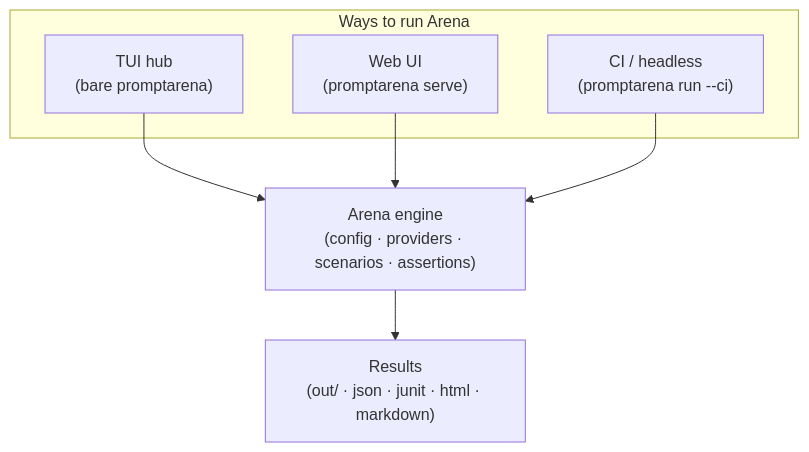
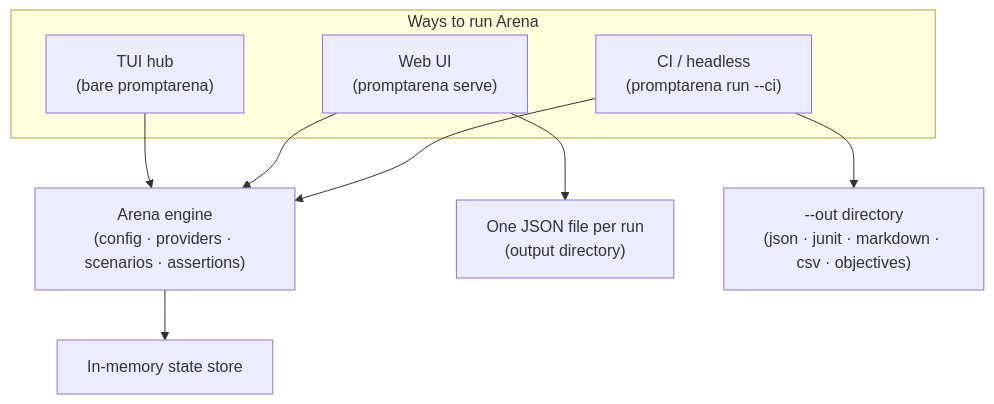
Before and after one commit to AltairaLabs/promptarena: the diagram in docs/src/content/docs/arena/explanation/interfaces.md, drawn with Mermaid. The commit also changed other lines of this file and 19 other files, not shown here.

````diff
--- a/docs/src/content/docs/arena/explanation/interfaces.md
+++ b/docs/src/content/docs/arena/explanation/interfaces.md
@@ -30,16 +47,18 @@
 ```mermaid
 flowchart TB
     subgraph surfaces[Ways to run Arena]
         TUI["TUI hub<br/>(bare promptarena)"]
         WEB["Web UI<br/>(promptarena serve)"]
         CI["CI / headless<br/>(promptarena run --ci)"]
     end
 
     ENGINE["Arena engine<br/>(config · providers · scenarios · assertions)"]
 
     TUI --> ENGINE
     WEB --> ENGINE
     CI --> ENGINE
 
-    ENGINE --> RESULTS["Results<br/>(out/ · json · junit · html · markdown)"]
+    ENGINE --> STORE["In-memory state store"]
+    WEB --> JSONFILE["One JSON file per run<br/>(output directory)"]
+    CI --> REPORTS["--out directory<br/>(json · junit · markdown · csv · objectives)"]
 ```
````
